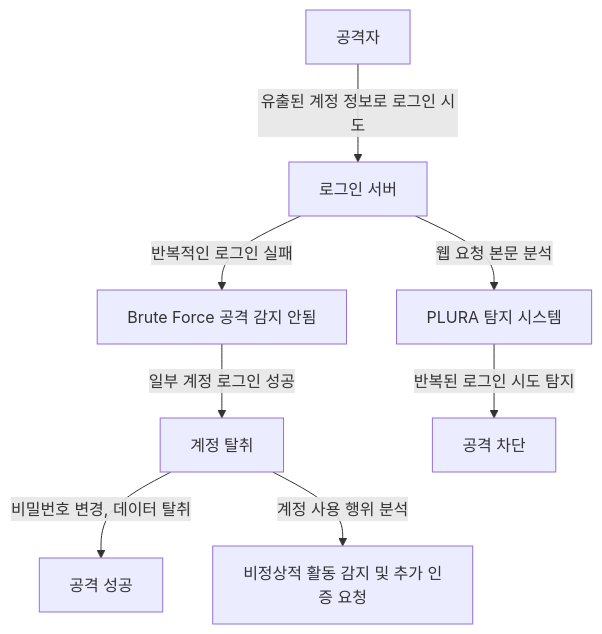
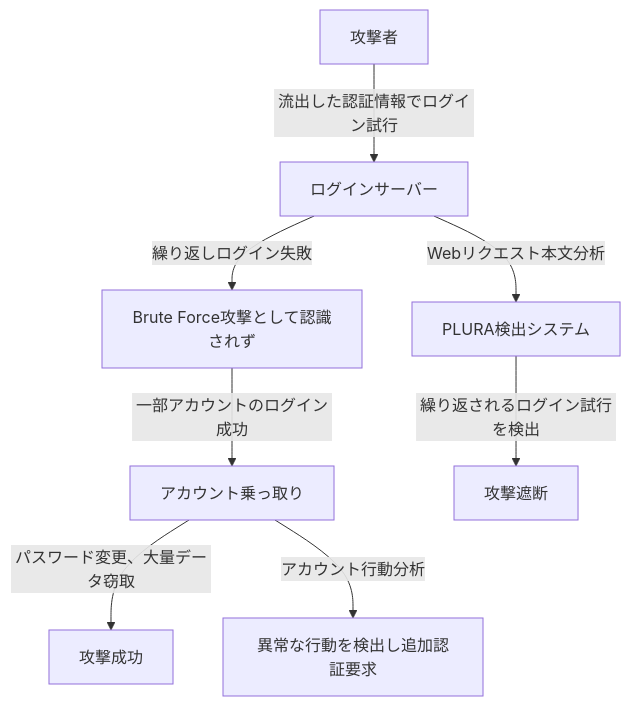
One commit to qubitsec/plura changed the diagram in benefits/ja/zero-day/scenario-credential-stuffing.md. Above: the diagram before and after it, drawn with Mermaid. The commit also changed other lines of this file, not shown here.

````diff
--- a/benefits/ja/zero-day/scenario-credential-stuffing.md
+++ b/benefits/ja/zero-day/scenario-credential-stuffing.md
@@ -55,12 +55,12 @@
 ```mermaid
 graph TD
-    A[공격자] -->|유출된 계정 정보로 로그인 시도| B[로그인 서버]
-    B -->|반복적인 로그인 실패| C[Brute Force 공격 감지 안됨]
-    C -->|일부 계정 로그인 성공| D[계정 탈취]
-    D -->|비밀번호 변경, 데이터 탈취| E[공격 성공]
+    A[攻撃者] -->|流出した認証情報でログイン試行| B[ログインサーバー]
+    B -->|繰り返しログイン失敗| C[Brute Force攻撃として認識されず]
+    C -->|一部アカウントのログイン成功| D[アカウント乗っ取り]
+    D -->|パスワード変更、大量データ窃取| E[攻撃成功]
 
-    %% PLURA 탐지 및 대응
-    B -->|웹 요청 본문 분석| X[PLURA 탐지 시스템]
-    X -->|반복된 로그인 시도 탐지| Y[공격 차단]
-    D -->|계정 사용 행위 분석| Z[비정상적 활동 감지 및 추가 인증 요청]
+    %% PLURAによる検出と対応
+    B -->|Webリクエスト本文分析| X[PLURA検出システム]
+    X -->|繰り返されるログイン試行を検出| Y[攻撃遮断]
+    D -->|アカウント行動分析| Z[異常な行動を検出し追加認証要求]
 ```
````
